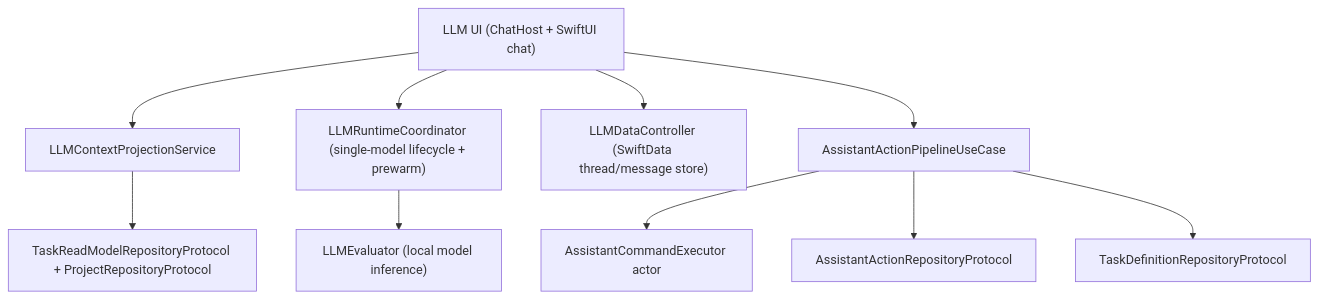
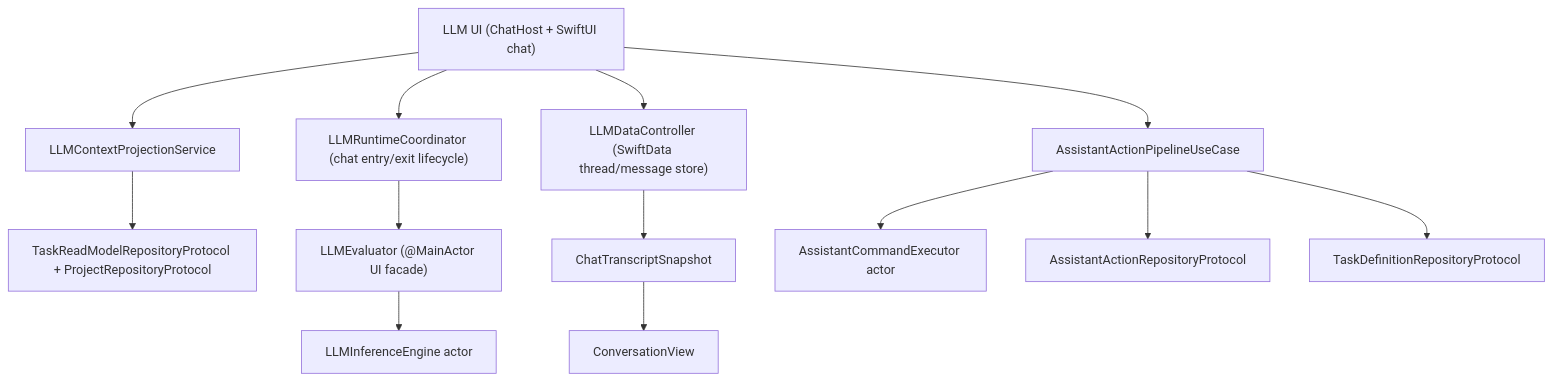
One commit to Saransh-Sharma/Tasker changed the diagram in docs/architecture/llm-assistant-stack-v2.md. Above: the diagram before and after it, drawn with Mermaid. The commit also changed other lines of this file and 4 other files, not shown here.

Commit message:
docs(llm): document bounded chat runtime changes

````diff
--- a/docs/architecture/llm-assistant-stack-v2.md
+++ b/docs/architecture/llm-assistant-stack-v2.md
@@ -24,13 +27,16 @@
 ```mermaid
 flowchart TD
     UI["LLM UI (ChatHost + SwiftUI chat)"] --> CCTX["LLMContextProjectionService"]
     CCTX --> READ["TaskReadModelRepositoryProtocol + ProjectRepositoryProtocol"]
-    UI --> RUNTIME["LLMRuntimeCoordinator (single-model lifecycle + prewarm)"]
-    RUNTIME --> EVAL["LLMEvaluator (local model inference)"]
+    UI --> RUNTIME["LLMRuntimeCoordinator (chat entry/exit lifecycle)"]
+    RUNTIME --> EVAL["LLMEvaluator (@MainActor UI facade)"]
+    EVAL --> ENGINE["LLMInferenceEngine actor"]
     UI --> STORE["LLMDataController (SwiftData thread/message store)"]
+    STORE --> SNAP["ChatTranscriptSnapshot"]
+    SNAP --> CONV["ConversationView"]
 
     UI --> PIPE["AssistantActionPipelineUseCase"]
     PIPE --> EXEC["AssistantCommandExecutor actor"]
     PIPE --> AR["AssistantActionRepositoryProtocol"]
     PIPE --> TR["TaskDefinitionRepositoryProtocol"]
 ```
````
